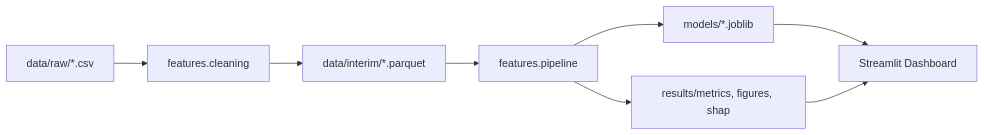
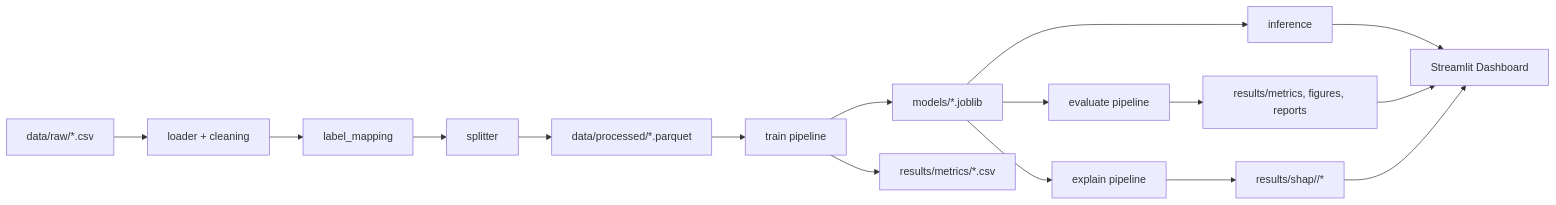
One commit to ksrddd/ai-classification-cyber-attack changed the diagram in docs/architecture.md. Above: the diagram before and after it, drawn with Mermaid. The commit also changed other lines of this file and 64 other files, not shown here.

First line of the commit message:
feat: Phase 4-13 - full CICIDS2017 pipeline with 5 models + SHAP + dashboard

````diff
--- a/docs/architecture.md
+++ b/docs/architecture.md
@@ -56,10 +63,18 @@
 ```mermaid
 flowchart LR
-    R[data/raw/*.csv] --> C[features.cleaning]
-    C --> I[data/interim/*.parquet]
-    I --> P[features.pipeline]
-    P --> X1[models/*.joblib]
-    P --> X2[results/metrics, figures, shap]
-    X1 --> D[Streamlit Dashboard]
-    X2 --> D
+    R[data/raw/*.csv] --> C[loader + cleaning]
+    C --> M[label_mapping]
+    M --> S[splitter]
+    S --> P[data/processed/*.parquet]
+    P --> T[train pipeline]
+    T --> X1[models/*.joblib]
+    T --> X2[results/metrics/*.csv]
+    X1 --> E[evaluate pipeline]
+    E --> X3[results/metrics, figures, reports]
+    X1 --> H[explain pipeline]
+    H --> X4[results/shap/<model>/*]
+    X1 --> I[inference]
+    I --> D[Streamlit Dashboard]
+    X3 --> D
+    X4 --> D
 ```
````
